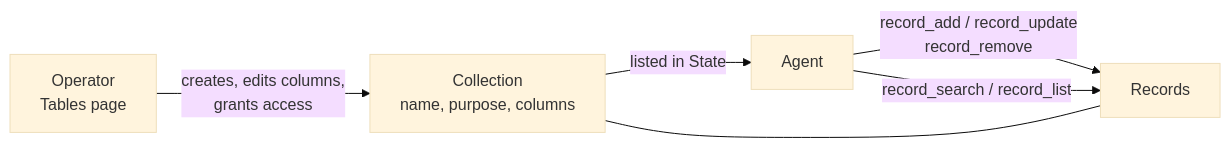
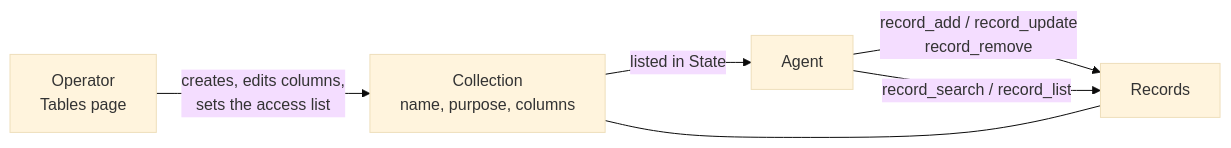
Before and after one commit to CigaleAI/guilds: the diagram in docs/concepts/collections.md, drawn with Mermaid (base theme). The commit also changed other lines of this file and 145 other files, not shown here.

````diff
--- a/docs/concepts/collections.md
+++ b/docs/concepts/collections.md
@@ -33,8 +35,8 @@
 ```mermaid
 flowchart LR
-  Op["Operator<br/>Tables page"] -->|"creates, edits columns,<br/>grants access"| C["Collection<br/>name, purpose, columns"]
+  Op["Operator<br/>Tables page"] -->|"creates, edits columns,<br/>sets the access list"| C["Collection<br/>name, purpose, columns"]
   C -->|"listed in State"| Ag["Agent"]
   Ag -->|"record_add / record_update<br/>record_remove"| R["Records"]
   Ag -->|"record_search / record_list"| R
   R --- C
 ```
````
